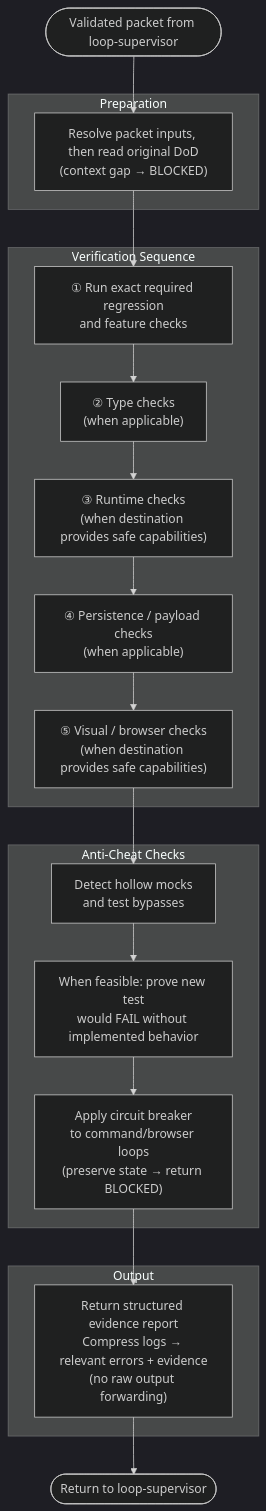
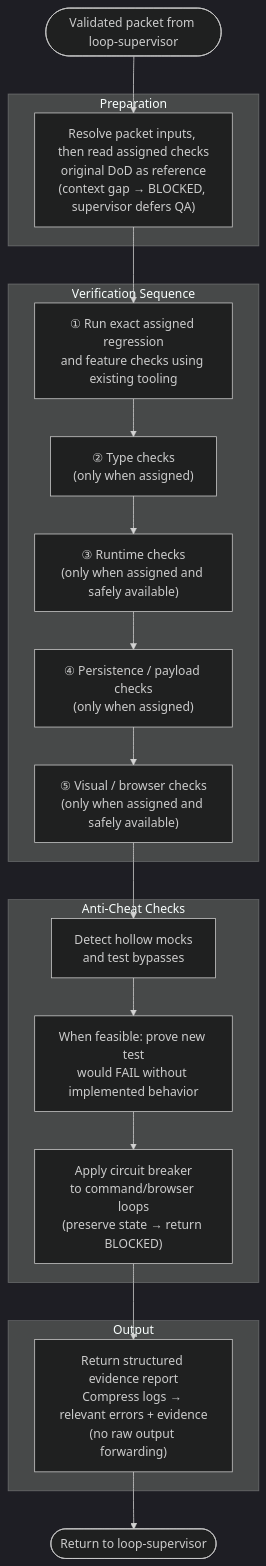
Before and after one commit to ericmaster/agent-fabric: the diagram in docs/architecture/qa-runner.md, drawn with Mermaid (dark theme). The commit also changed other lines of this file and 20 other files, not shown here.

````diff
--- a/docs/architecture/qa-runner.md
+++ b/docs/architecture/qa-runner.md
@@ -13,34 +14,34 @@
 ```mermaid
 flowchart TD
     START([Validated packet from loop-supervisor]) --> READDOD
 
     subgraph "Preparation"
-        READDOD["Resolve packet inputs, then read original DoD\n(context gap → BLOCKED)"]
+        READDOD["Resolve packet inputs, then read assigned checks\noriginal DoD as reference\n(context gap → BLOCKED, supervisor defers QA)"]
     end
 
     READDOD --> REGRESSION
 
     subgraph "Verification Sequence"
-        REGRESSION["① Run exact required regression\nand feature checks"]
-        TYPE["② Type checks\n(when applicable)"]
-        RUNTIME["③ Runtime checks\n(when destination provides safe capabilities)"]
-        PERSIST["④ Persistence / payload checks\n(when applicable)"]
-        VISUAL["⑤ Visual / browser checks\n(when destination provides safe capabilities)"]
+        REGRESSION["① Run exact assigned regression\nand feature checks using existing tooling"]
+        TYPE["② Type checks\n(only when assigned)"]
+        RUNTIME["③ Runtime checks\n(only when assigned and safely available)"]
+        PERSIST["④ Persistence / payload checks\n(only when assigned)"]
+        VISUAL["⑤ Visual / browser checks\n(only when assigned and safely available)"]
     end
 
     REGRESSION --> TYPE --> RUNTIME --> PERSIST --> VISUAL --> ANTICHECK
 
     subgraph "Anti-Cheat Checks"
         ANTICHECK["Detect hollow mocks\nand test bypasses"]
         MUTATION["When feasible: prove new test\nwould FAIL without implemented behavior"]
         CIRCUIT["Apply circuit breaker\nto command/browser loops\n(preserve state → return BLOCKED)"]
     end
 
     ANTICHECK --> MUTATION --> CIRCUIT --> REPORT
 
     subgraph "Output"
         REPORT["Return structured evidence report\nCompress logs → relevant errors + evidence\n(no raw output forwarding)"]
     end
 
     REPORT --> DONE([Return to loop-supervisor])
 ```
````
